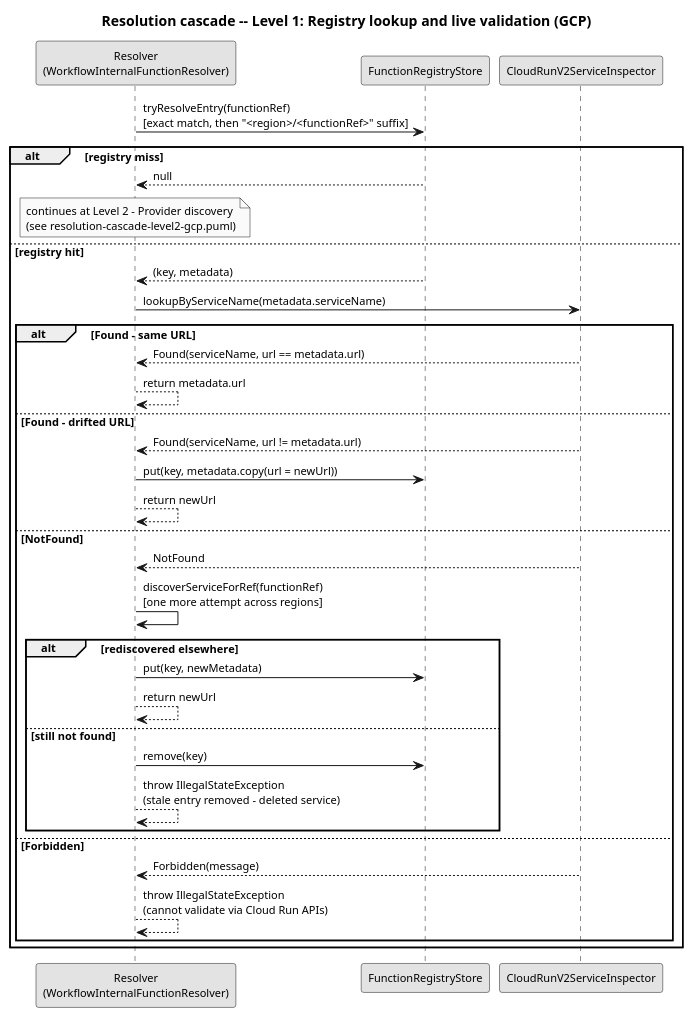
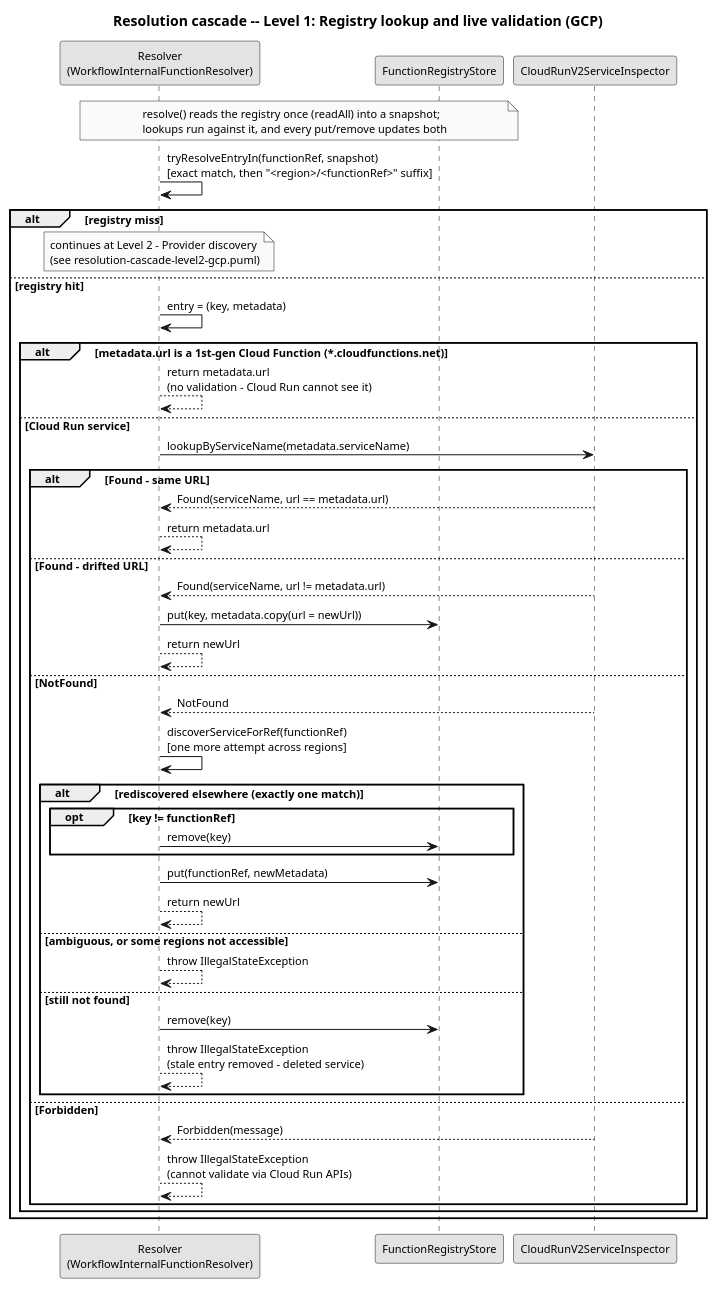
One commit to EngenheiroPedroCarvalho/ISEL-Thesis-2526 changed the diagram in diagrams/resolution-cascade-level1-gcp.puml. Above: the diagram before and after it, drawn with PlantUML. The commit also changed 22 other files, not shown here.

First line of the commit message:
Bring the diagrams in line with the code

```diff
--- a/diagrams/resolution-cascade-level1-gcp.puml
+++ b/diagrams/resolution-cascade-level1-gcp.puml
@@ -1,44 +1,56 @@
 @startuml resolution-cascade-level1-gcp
 skinparam monochrome true
 skinparam shadowing false
 skinparam defaultFontSize 11
 title Resolution cascade -- Level 1: Registry lookup and live validation (GCP)
 
 participant "Resolver\n(WorkflowInternalFunctionResolver)" as R
 participant "FunctionRegistryStore" as REG
 participant "CloudRunV2ServiceInspector" as GI
 
-R -> REG : tryResolveEntry(functionRef)\n[exact match, then "<region>/<functionRef>" suffix]
+note over R, REG
+  resolve() reads the registry once (readAll) into a snapshot;
+  lookups run against it, and every put/remove updates both
+end note
+R -> R : tryResolveEntryIn(functionRef, snapshot)\n[exact match, then "<region>/<functionRef>" suffix]
 alt registry miss
-  REG --> R : null
   note over R
     continues at Level 2 - Provider discovery
     (see resolution-cascade-level2-gcp.puml)
   end note
 else registry hit
-  REG --> R : (key, metadata)
+  R -> R : entry = (key, metadata)
 
-  R -> GI : lookupByServiceName(metadata.serviceName)
-  alt Found - same URL
-    GI --> R : Found(serviceName, url == metadata.url)
-    R --> R : return metadata.url
-  else Found - drifted URL
-    GI --> R : Found(serviceName, url != metadata.url)
-    R -> REG : put(key, metadata.copy(url = newUrl))
-    R --> R : return newUrl
-  else NotFound
-    GI --> R : NotFound
-    R -> R : discoverServiceForRef(functionRef)\n[one more attempt across regions]
-    alt rediscovered elsewhere
-      R -> REG : put(key, newMetadata)
+  alt metadata.url is a 1st-gen Cloud Function (*.cloudfunctions.net)
+    R --> R : return metadata.url\n(no validation - Cloud Run cannot see it)
+  else Cloud Run service
+    R -> GI : lookupByServiceName(metadata.serviceName)
+    alt Found - same URL
+      GI --> R : Found(serviceName, url == metadata.url)
+      R --> R : return metadata.url
+    else Found - drifted URL
+      GI --> R : Found(serviceName, url != metadata.url)
+      R -> REG : put(key, metadata.copy(url = newUrl))
       R --> R : return newUrl
-    else still not found
-      R -> REG : remove(key)
-      R --> R : throw IllegalStateException\n(stale entry removed - deleted service)
+    else NotFound
+      GI --> R : NotFound
+      R -> R : discoverServiceForRef(functionRef)\n[one more attempt across regions]
+      alt rediscovered elsewhere (exactly one match)
+        opt key != functionRef
+          R -> REG : remove(key)
+        end
+        R -> REG : put(functionRef, newMetadata)
+        R --> R : return newUrl
+      else ambiguous, or some regions not accessible
+        R --> R : throw IllegalStateException
+      else still not found
+        R -> REG : remove(key)
+        R --> R : throw IllegalStateException\n(stale entry removed - deleted service)
+      end
+    else Forbidden
+      GI --> R : Forbidden(message)
+      R --> R : throw IllegalStateException\n(cannot validate via Cloud Run APIs)
     end
-  else Forbidden
-    GI --> R : Forbidden(message)
-    R --> R : throw IllegalStateException\n(cannot validate via Cloud Run APIs)
   end
 end
 @enduml
```
